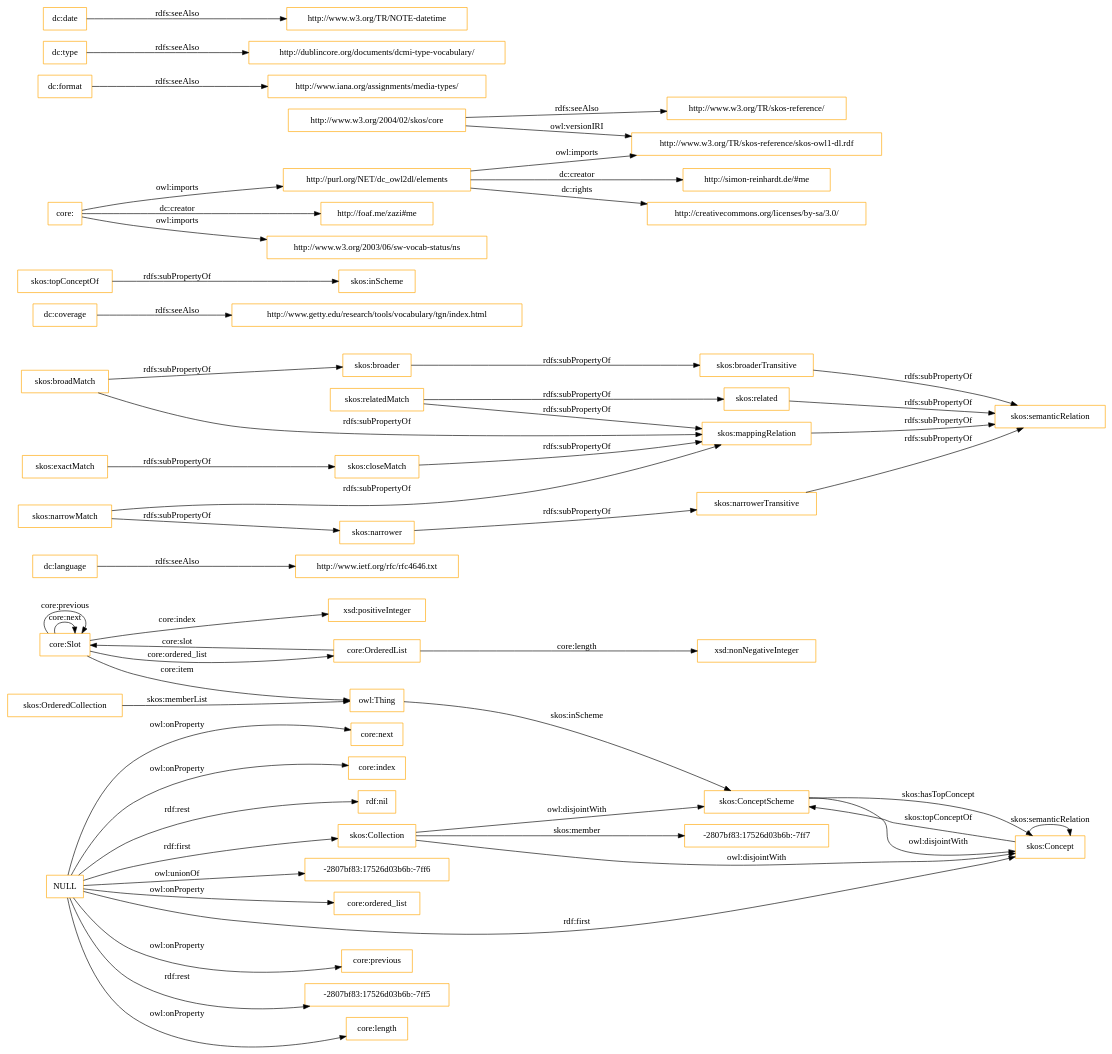
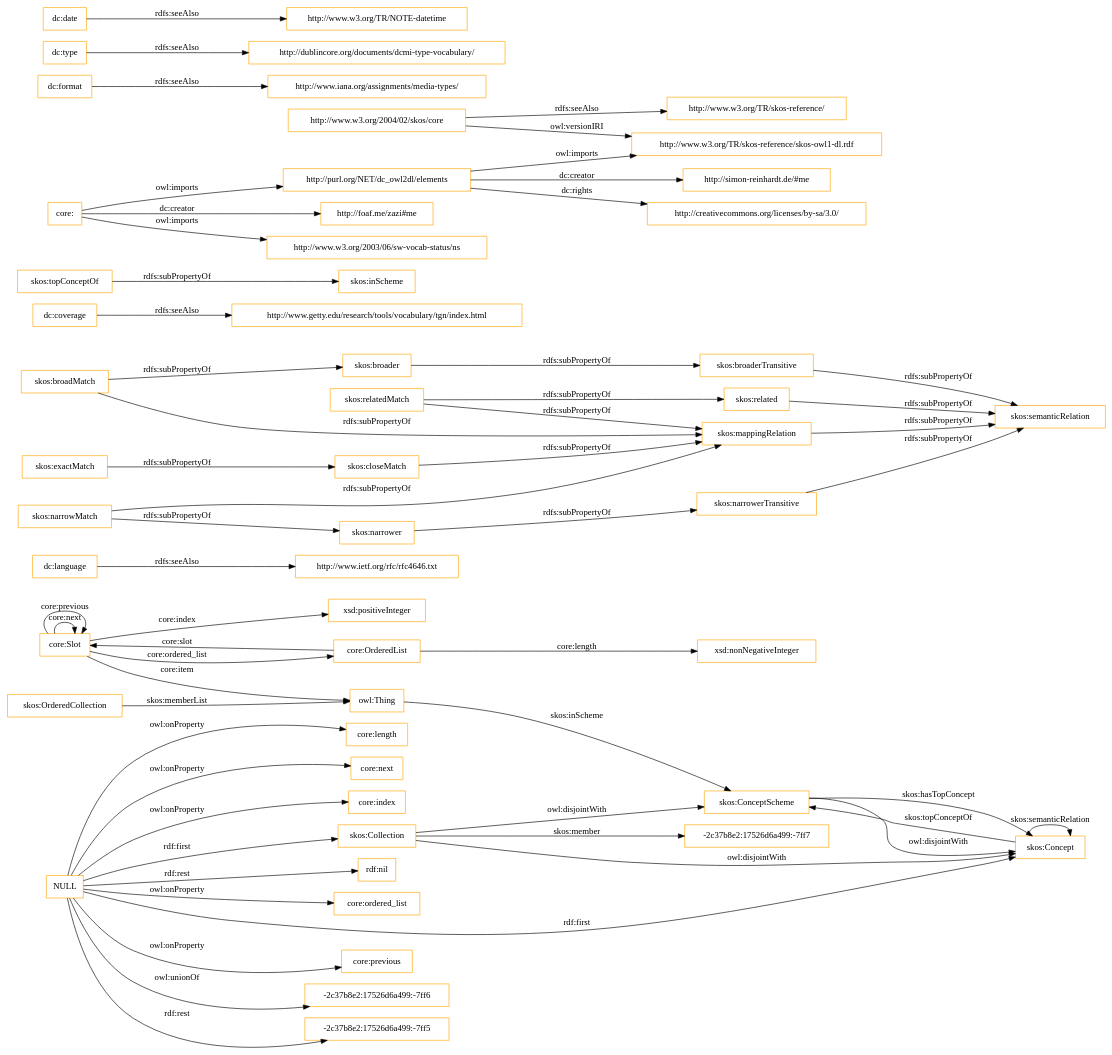
Before and after one commit to OnToologyUser/core-ontology-1: the diagram in OnToology/imports/core.owl/diagrams/ar2dtool-class/core.owl.png.dot, drawn with Graphviz. The commit also changed 14 other files, not shown here.

```diff
--- a/OnToology/imports/core.owl/diagrams/ar2dtool-class/core.owl.png.dot
+++ b/OnToology/imports/core.owl/diagrams/ar2dtool-class/core.owl.png.dot
@@ -1,60 +1,60 @@
 digraph ar2dtool_diagram { 
 rankdir=LR;
 size="1501"
-node [shape = rectangle, color="orange"]; "core:Slot" "core:OrderedList" "-2807bf83:17526d03b6b:-7ff7" "skos:OrderedCollection" "skos:Collection" "skos:ConceptScheme" "skos:Concept" ; /*classes style*/
+node [shape = rectangle, color="orange"]; "core:Slot" "core:OrderedList" "-2c37b8e2:17526d6a499:-7ff7" "skos:OrderedCollection" "skos:Collection" "skos:ConceptScheme" "skos:Concept" ; /*classes style*/
 	"dc:language" -> "http://www.ietf.org/rfc/rfc4646.txt" [ label = "rdfs:seeAlso" ];
 	"NULL" -> "core:previous" [ label = "owl:onProperty" ];
-	"NULL" -> "-2807bf83:17526d03b6b:-7ff5" [ label = "rdf:rest" ];
+	"NULL" -> "-2c37b8e2:17526d6a499:-7ff6" [ label = "owl:unionOf" ];
+	"NULL" -> "-2c37b8e2:17526d6a499:-7ff5" [ label = "rdf:rest" ];
 	"NULL" -> "core:length" [ label = "owl:onProperty" ];
 	"NULL" -> "skos:Concept" [ label = "rdf:first" ];
 	"NULL" -> "core:next" [ label = "owl:onProperty" ];
 	"NULL" -> "core:index" [ label = "owl:onProperty" ];
 	"NULL" -> "rdf:nil" [ label = "rdf:rest" ];
-	"NULL" -> "-2807bf83:17526d03b6b:-7ff6" [ label = "owl:unionOf" ];
 	"NULL" -> "core:ordered_list" [ label = "owl:onProperty" ];
 	"NULL" -> "skos:Collection" [ label = "rdf:first" ];
 	"skos:closeMatch" -> "skos:mappingRelation" [ label = "rdfs:subPropertyOf" ];
 	"dc:coverage" -> "http://www.getty.edu/research/tools/vocabulary/tgn/index.html" [ label = "rdfs:seeAlso" ];
 	"skos:relatedMatch" -> "skos:related" [ label = "rdfs:subPropertyOf" ];
 	"skos:relatedMatch" -> "skos:mappingRelation" [ label = "rdfs:subPropertyOf" ];
 	"skos:ConceptScheme" -> "skos:Concept" [ label = "owl:disjointWith" ];
 	"skos:related" -> "skos:semanticRelation" [ label = "rdfs:subPropertyOf" ];
 	"skos:topConceptOf" -> "skos:inScheme" [ label = "rdfs:subPropertyOf" ];
 	"skos:broadMatch" -> "skos:broader" [ label = "rdfs:subPropertyOf" ];
 	"skos:broadMatch" -> "skos:mappingRelation" [ label = "rdfs:subPropertyOf" ];
 	"http://purl.org/NET/dc_owl2dl/elements" -> "http://www.w3.org/TR/skos-reference/skos-owl1-dl.rdf" [ label = "owl:imports" ];
 	"http://purl.org/NET/dc_owl2dl/elements" -> "http://creativecommons.org/licenses/by-sa/3.0/" [ label = "dc:rights" ];
 	"http://purl.org/NET/dc_owl2dl/elements" -> "http://simon-reinhardt.de/#me" [ label = "dc:creator" ];
 	"skos:exactMatch" -> "skos:closeMatch" [ label = "rdfs:subPropertyOf" ];
 	"dc:format" -> "http://www.iana.org/assignments/media-types/" [ label = "rdfs:seeAlso" ];
 	"core:" -> "http://foaf.me/zazi#me" [ label = "dc:creator" ];
 	"core:" -> "http://www.w3.org/2003/06/sw-vocab-status/ns" [ label = "owl:imports" ];
 	"core:" -> "http://purl.org/NET/dc_owl2dl/elements" [ label = "owl:imports" ];
 	"skos:broaderTransitive" -> "skos:semanticRelation" [ label = "rdfs:subPropertyOf" ];
 	"skos:mappingRelation" -> "skos:semanticRelation" [ label = "rdfs:subPropertyOf" ];
 	"skos:broader" -> "skos:broaderTransitive" [ label = "rdfs:subPropertyOf" ];
 	"dc:type" -> "http://dublincore.org/documents/dcmi-type-vocabulary/" [ label = "rdfs:seeAlso" ];
 	"http://www.w3.org/2004/02/skos/core" -> "http://www.w3.org/TR/skos-reference/skos-owl1-dl.rdf" [ label = "owl:versionIRI" ];
 	"http://www.w3.org/2004/02/skos/core" -> "http://www.w3.org/TR/skos-reference/" [ label = "rdfs:seeAlso" ];
 	"skos:Collection" -> "skos:ConceptScheme" [ label = "owl:disjointWith" ];
 	"skos:Collection" -> "skos:Concept" [ label = "owl:disjointWith" ];
 	"skos:narrowMatch" -> "skos:narrower" [ label = "rdfs:subPropertyOf" ];
 	"skos:narrowMatch" -> "skos:mappingRelation" [ label = "rdfs:subPropertyOf" ];
 	"skos:narrower" -> "skos:narrowerTransitive" [ label = "rdfs:subPropertyOf" ];
 	"dc:date" -> "http://www.w3.org/TR/NOTE-datetime" [ label = "rdfs:seeAlso" ];
 	"skos:narrowerTransitive" -> "skos:semanticRelation" [ label = "rdfs:subPropertyOf" ];
 	"core:Slot" -> "xsd:positiveInteger" [ label = "core:index" ];
 	"skos:Concept" -> "skos:ConceptScheme" [ label = "skos:topConceptOf" ];
 	"core:Slot" -> "owl:Thing" [ label = "core:item" ];
 	"core:OrderedList" -> "xsd:nonNegativeInteger" [ label = "core:length" ];
 	"core:OrderedList" -> "core:Slot" [ label = "core:slot" ];
-	"skos:Collection" -> "-2807bf83:17526d03b6b:-7ff7" [ label = "skos:member" ];
+	"skos:Collection" -> "-2c37b8e2:17526d6a499:-7ff7" [ label = "skos:member" ];
 	"core:Slot" -> "core:Slot" [ label = "core:next" ];
 	"skos:ConceptScheme" -> "skos:Concept" [ label = "skos:hasTopConcept" ];
 	"owl:Thing" -> "skos:ConceptScheme" [ label = "skos:inScheme" ];
 	"core:Slot" -> "core:Slot" [ label = "core:previous" ];
 	"skos:OrderedCollection" -> "owl:Thing" [ label = "skos:memberList" ];
 	"skos:Concept" -> "skos:Concept" [ label = "skos:semanticRelation" ];
 	"core:Slot" -> "core:OrderedList" [ label = "core:ordered_list" ];
 
 }
```
